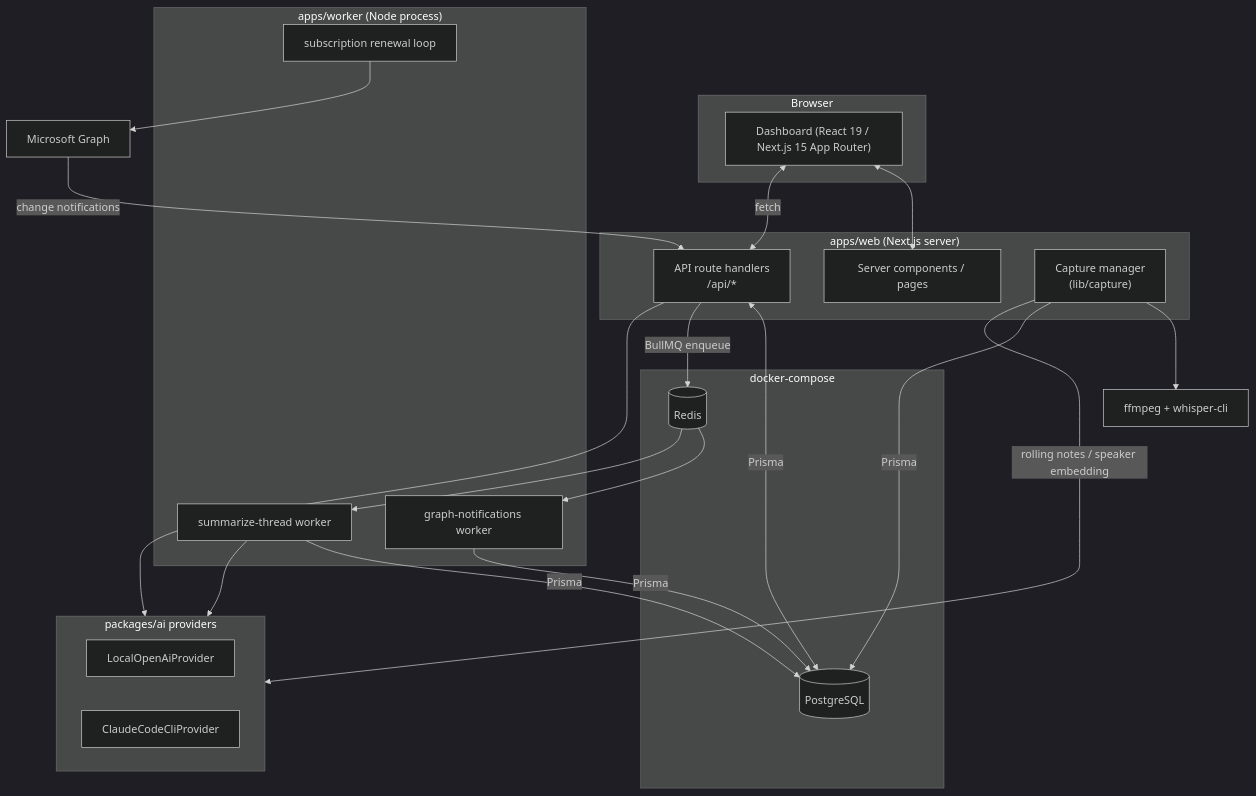
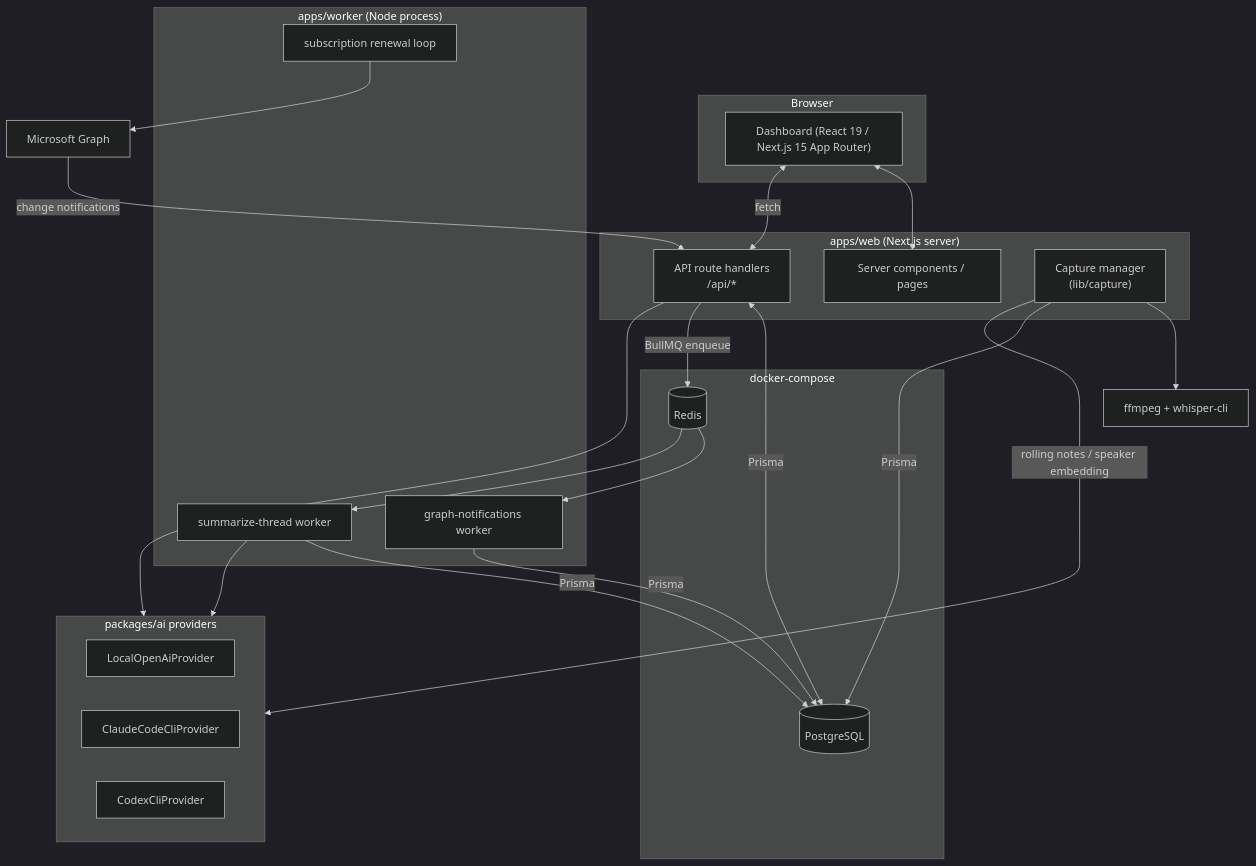
One commit to phanbaohuy96/context-pilot changed the first of 2 diagrams in docs/architecture.md. Above: the diagram before and after it, drawn with Mermaid (dark theme). The commit also changed other lines of this file and 30 other files, not shown here.

````diff
--- a/docs/architecture.md
+++ b/docs/architecture.md
@@ -7,47 +7,48 @@
 ```mermaid
 flowchart TB
   subgraph client["Browser"]
     dash["Dashboard (React 19 / Next.js 15 App Router)"]
   end
 
   subgraph web["apps/web (Next.js server)"]
     pages["Server components / pages"]
     api["API route handlers\n/api/*"]
     capmgr["Capture manager\n(lib/capture)"]
   end
 
   subgraph infra["docker-compose"]
     pg[("PostgreSQL")]
     redis[("Redis")]
   end
 
   subgraph worker["apps/worker (Node process)"]
     gworker["graph-notifications worker"]
     sworker["summarize-thread worker"]
     renew["subscription renewal loop"]
   end
 
   subgraph ai["packages/ai providers"]
     openai["LocalOpenAiProvider"]
     claude["ClaudeCodeCliProvider"]
+    codex["CodexCliProvider"]
   end
 
   ffmpeg["ffmpeg + whisper-cli"]
   msgraph["Microsoft Graph"]
 
   dash <--> pages
   dash <-->|fetch| api
   api <-->|Prisma| pg
   api -->|BullMQ enqueue| redis
   capmgr --> ffmpeg
   capmgr -->|Prisma| pg
   capmgr -->|rolling notes / speaker embedding| ai
   redis --> gworker
   redis --> sworker
   gworker -->|Prisma| pg
   sworker -->|Prisma| pg
   sworker --> ai
   api --> ai
   msgraph -->|change notifications| api
   renew --> msgraph
 ```
````
